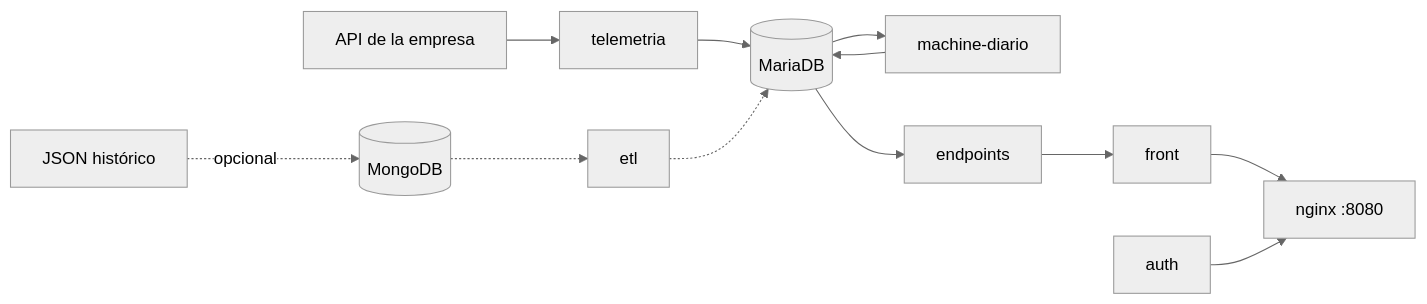
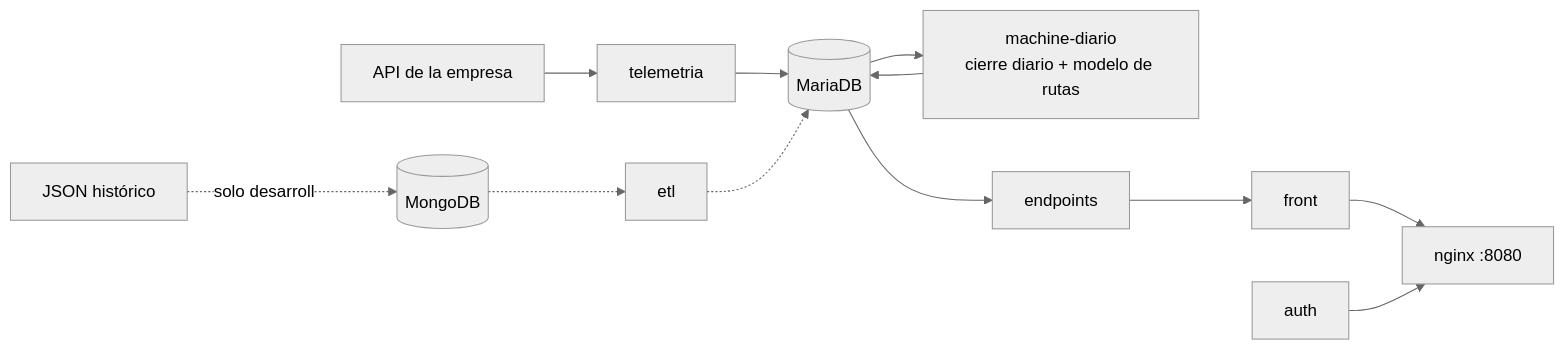
Before and after one commit to VicenteParada/ArtisaMachine2: the diagram in Capstone Artisa/README.md, drawn with Mermaid (neutral theme). The commit also changed other lines of this file and 5 other files, not shown here.

````diff
--- a/Capstone Artisa/README.md
+++ b/Capstone Artisa/README.md
@@ -10,8 +11,8 @@
 ```mermaid
 flowchart LR
     API[API de la empresa] --> T[telemetria] --> DB[(MariaDB)]
-    JSON[JSON histórico] -.opcional.-> M[(MongoDB)] -.-> E[etl] -.-> DB
-    DB --> MD[machine-diario] --> DB
+    DB --> MD[machine-diario<br/>cierre diario + modelo de rutas] --> DB
     DB --> EP[endpoints] --> F[front] --> N[nginx :8080]
     A[auth] --> N
+    JSON[JSON histórico] -.solo desarrollo.-> M[(MongoDB)] -.-> E[etl] -.-> DB
 ```
````
